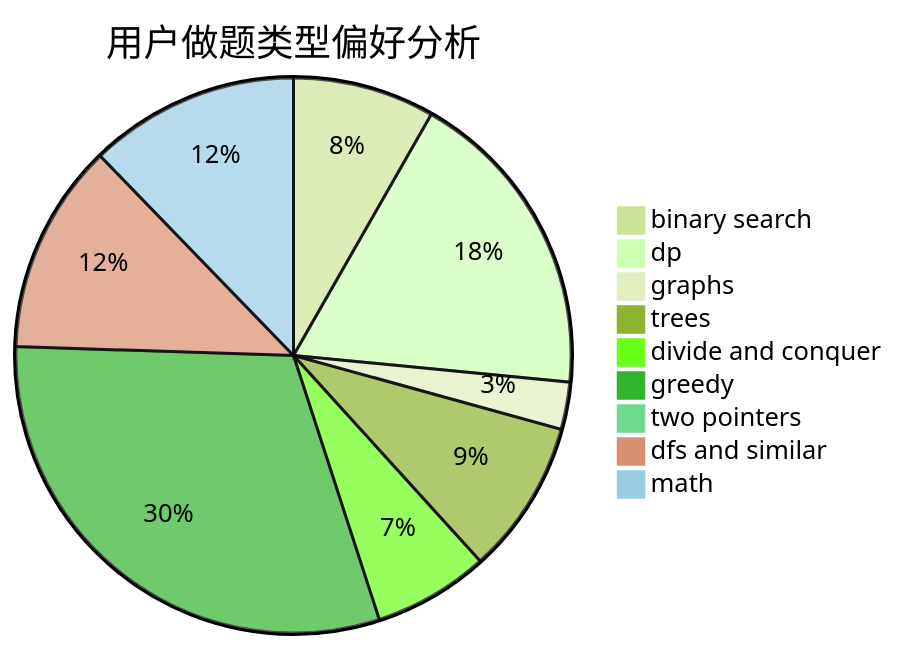
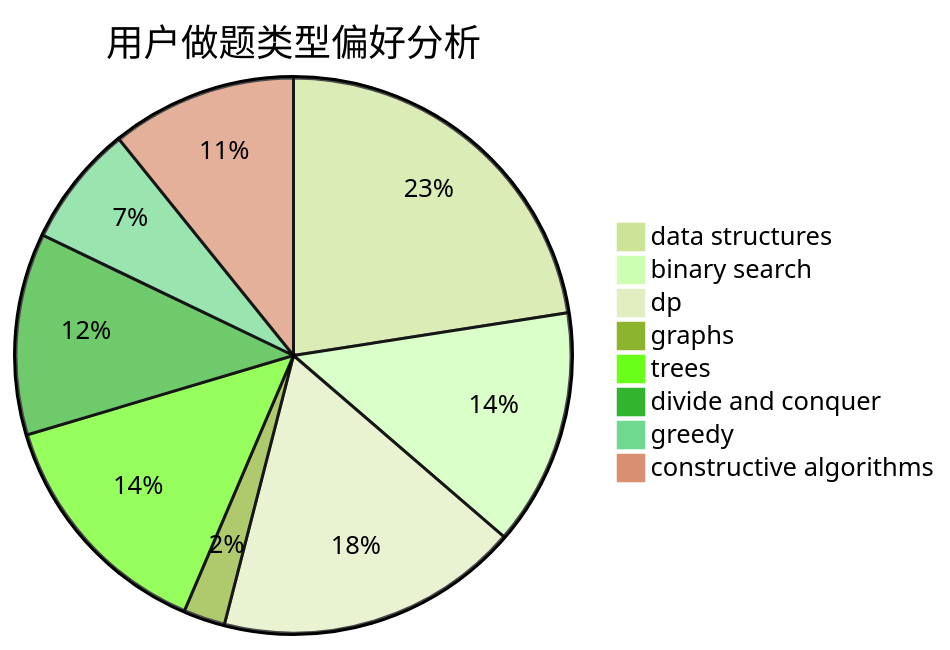
Before and after one commit to sherpahu/cfrs.github.io: the second of 3 diagrams in docs/user/u1408.md, drawn with Mermaid (forest theme). The commit also changed other lines of this file and 2775 other files, not shown here.

````diff
--- a/docs/user/u1408.md
+++ b/docs/user/u1408.md
@@ -23,12 +23,11 @@
 ```mermaid
 pie title 用户做题类型偏好分析
-    "binary search" :  81
-    "dp" :  179
-    "graphs" :  27
-    "trees" :  88
-    "divide and conquer" :  66
-    "greedy" :  299
-    "two pointers" :  3
-    "dfs and similar" :  120
-    "math" :  120
+    "data structures" :  121
+    "binary search" :  74
+    "dp" :  95
+    "graphs" :  13
+    "trees" :  75
+    "divide and conquer" :  63
+    "greedy" :  38
+    "constructive algorithms" :  58
 ```
````
